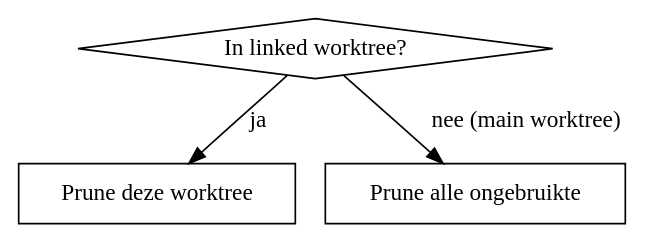
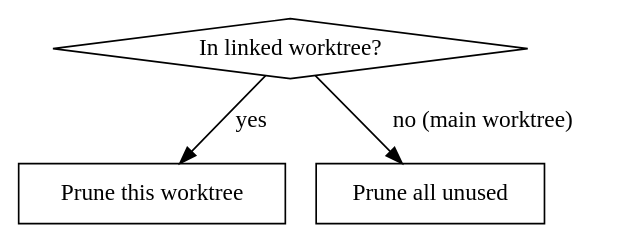
One commit to epologee/leclause-skills changed the diagram in packages/bonsai/skills/bonsai/SKILL.md. Above: the diagram before and after it, drawn with Graphviz. The commit also changed other lines of this file and 1 other file, not shown here.

````diff
--- a/packages/bonsai/skills/bonsai/SKILL.md
+++ b/packages/bonsai/skills/bonsai/SKILL.md
@@ -230,10 +230,10 @@
 ```dot
 digraph prune {
     "In linked worktree?" [shape=diamond];
-    "Prune deze worktree" [shape=box];
-    "Prune alle ongebruikte" [shape=box];
+    "Prune this worktree" [shape=box];
+    "Prune all unused" [shape=box];
 
-    "In linked worktree?" -> "Prune deze worktree" [label="ja"];
-    "In linked worktree?" -> "Prune alle ongebruikte" [label="nee (main worktree)"];
+    "In linked worktree?" -> "Prune this worktree" [label="yes"];
+    "In linked worktree?" -> "Prune all unused" [label="no (main worktree)"];
 }
 ```
````
